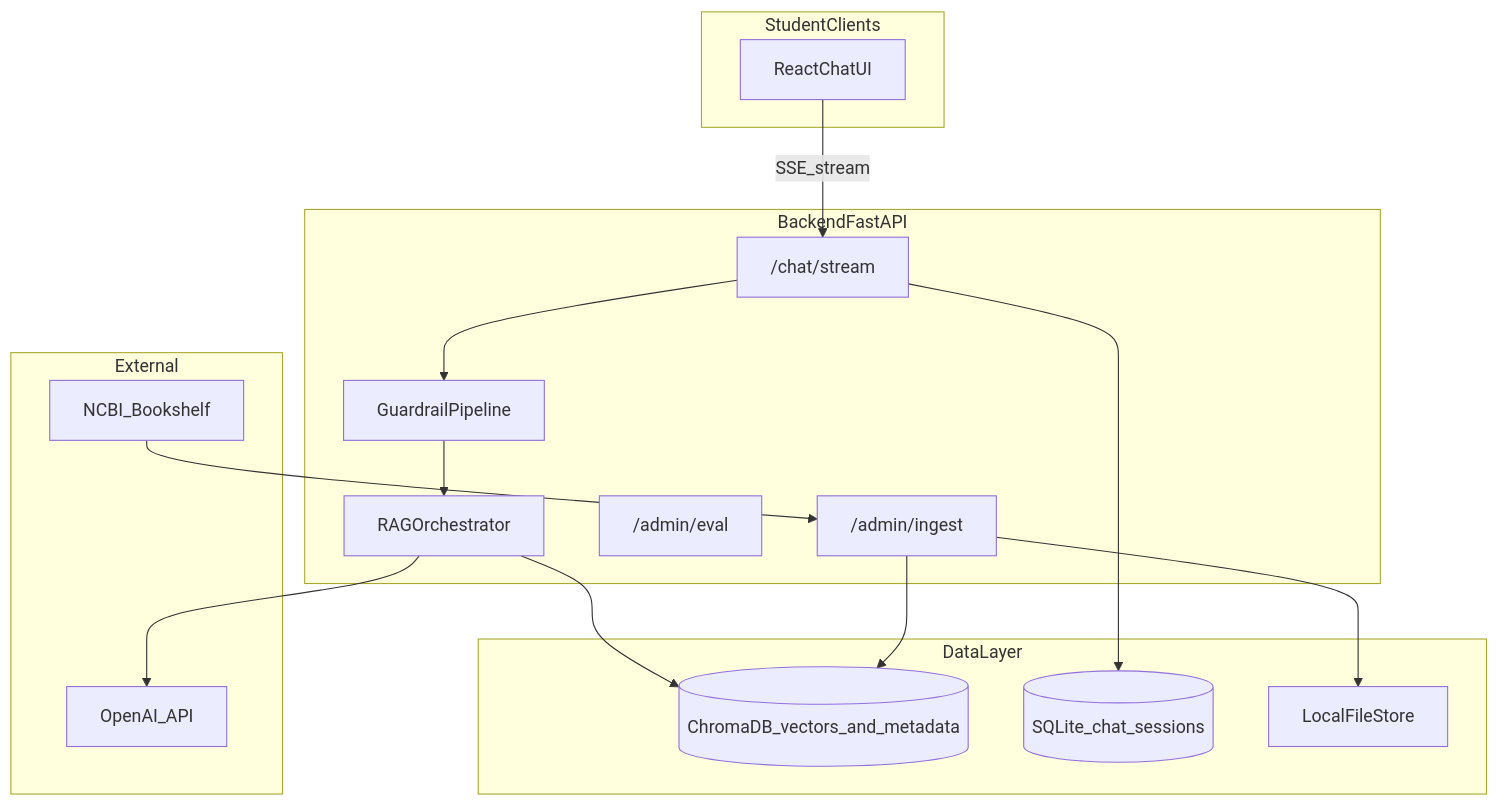
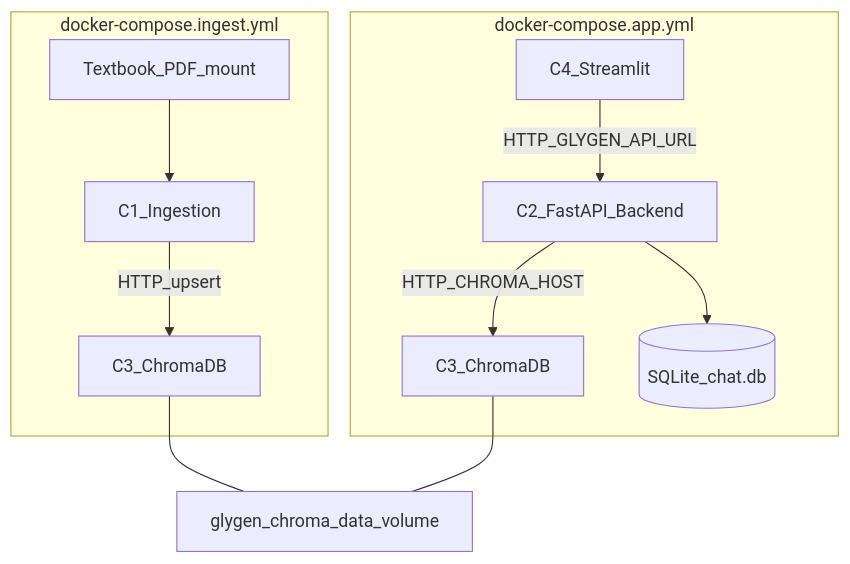
The first of 4 diagrams in plan.md (glygener/glycochatbot), drawn with Mermaid before and after one commit. The commit also changed other lines of this file and 35 other files, not shown here.

````diff
--- a/plan.md
+++ b/plan.md
@@ -37,35 +49,24 @@
 ```mermaid
 flowchart TB
-  subgraph client [StudentClients]
-    WebUI[ReactChatUI]
+  subgraph ingestCompose [docker-compose.ingest.yml]
+    PDF[Textbook_PDF_mount]
+    Ingest[C1_Ingestion]
+    ChromaI[C3_ChromaDB]
+    PDF --> Ingest
+    Ingest -->|HTTP_upsert| ChromaI
   end
 
-  subgraph api [BackendFastAPI]
-    ChatAPI["/chat/stream"]
-    IngestAPI["/admin/ingest"]
-    EvalAPI["/admin/eval"]
-    Guardrails[GuardrailPipeline]
-    RAG[RAGOrchestrator]
+  subgraph appCompose [docker-compose.app.yml]
+    UI[C4_Streamlit]
+    API[C2_FastAPI_Backend]
+    ChromaA[C3_ChromaDB]
+    SQLite[(SQLite_chat.db)]
+    UI -->|HTTP_GLYGEN_API_URL| API
+    API -->|HTTP_CHROMA_HOST| ChromaA
+    API --> SQLite
   end
 
-  subgraph data [DataLayer]
-    Chroma[(ChromaDB_vectors_and_metadata)]
-    SQLite[(SQLite_chat_sessions)]
-    Blob[LocalFileStore]
-  end
-
-  subgraph external [External]
-    OpenAI[OpenAI_API]
-    NCBI[NCBI_Bookshelf]
-  end
-
-  WebUI -->|SSE_stream| ChatAPI
-  ChatAPI --> Guardrails
-  Guardrails --> RAG
-  RAG --> Chroma
-  RAG --> OpenAI
-  ChatAPI --> SQLite
-  IngestAPI --> Blob
-  IngestAPI --> Chroma
-  NCBI --> IngestAPI
+  Vol[glygen_chroma_data_volume]
+  ChromaI --- Vol
+  ChromaA --- Vol
 ```
````
